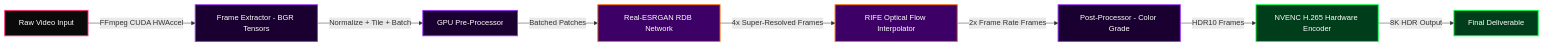
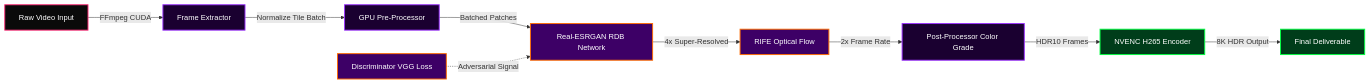
Before and after one commit to NewNexus001/newnexus001: the seventh of 25 diagrams in README.md, drawn with Mermaid. The commit also changed other lines of this file, not shown here.

````diff
--- a/README.md
+++ b/README.md
@@ -287,15 +251,16 @@
 ```mermaid
 graph LR
-    classDef input fill:#0a0a0a,stroke:#FF2D78,stroke-width:2px,color:#fff
-    classDef proc fill:#1a0030,stroke:#9B30FF,stroke-width:2px,color:#fff
-    classDef model fill:#3d0066,stroke:#FF6B00,stroke-width:2px,color:#fff
-    classDef output fill:#003d1a,stroke:#00FF41,stroke-width:2px,color:#fff
+    classDef inp fill:#0a0a0a,stroke:#FF2D78,stroke-width:2px,color:#fff
+    classDef prc fill:#1a0030,stroke:#9B30FF,stroke-width:2px,color:#fff
+    classDef mdl fill:#3d0066,stroke:#FF6B00,stroke-width:2px,color:#fff
+    classDef out fill:#003d1a,stroke:#00FF41,stroke-width:2px,color:#fff
 
-    VF["Raw Video Input"]:::input -->|FFmpeg CUDA HWAccel| FE["Frame Extractor - BGR Tensors"]:::proc
-    FE -->|Normalize + Tile + Batch| PP["GPU Pre-Processor"]:::proc
-    PP -->|Batched Patches| ESR["Real-ESRGAN RDB Network"]:::model
-    ESR -->|4x Super-Resolved Frames| RI["RIFE Optical Flow Interpolator"]:::model
-    RI -->|2x Frame Rate Frames| PP2["Post-Processor - Color Grade"]:::proc
-    PP2 -->|HDR10 Frames| ENC["NVENC H.265 Hardware Encoder"]:::output
-    ENC -->|8K HDR Output| OUT["Final Deliverable"]:::output
+    VF["Raw Video Input"]:::inp -->|FFmpeg CUDA| FE["Frame Extractor"]:::prc
+    FE -->|Normalize Tile Batch| PP["GPU Pre-Processor"]:::prc
+    PP -->|Batched Patches| ESR["Real-ESRGAN RDB Network"]:::mdl
+    ESR -->|4x Super-Resolved| RI["RIFE Optical Flow"]:::mdl
+    RI -->|2x Frame Rate| PP2["Post-Processor Color Grade"]:::prc
+    PP2 -->|HDR10 Frames| ENC["NVENC H265 Encoder"]:::out
+    ENC -->|8K HDR Output| OUT["Final Deliverable"]:::out
+    DISC["Discriminator VGG Loss"]:::mdl -.->|Adversarial Signal| ESR
 ```
````
